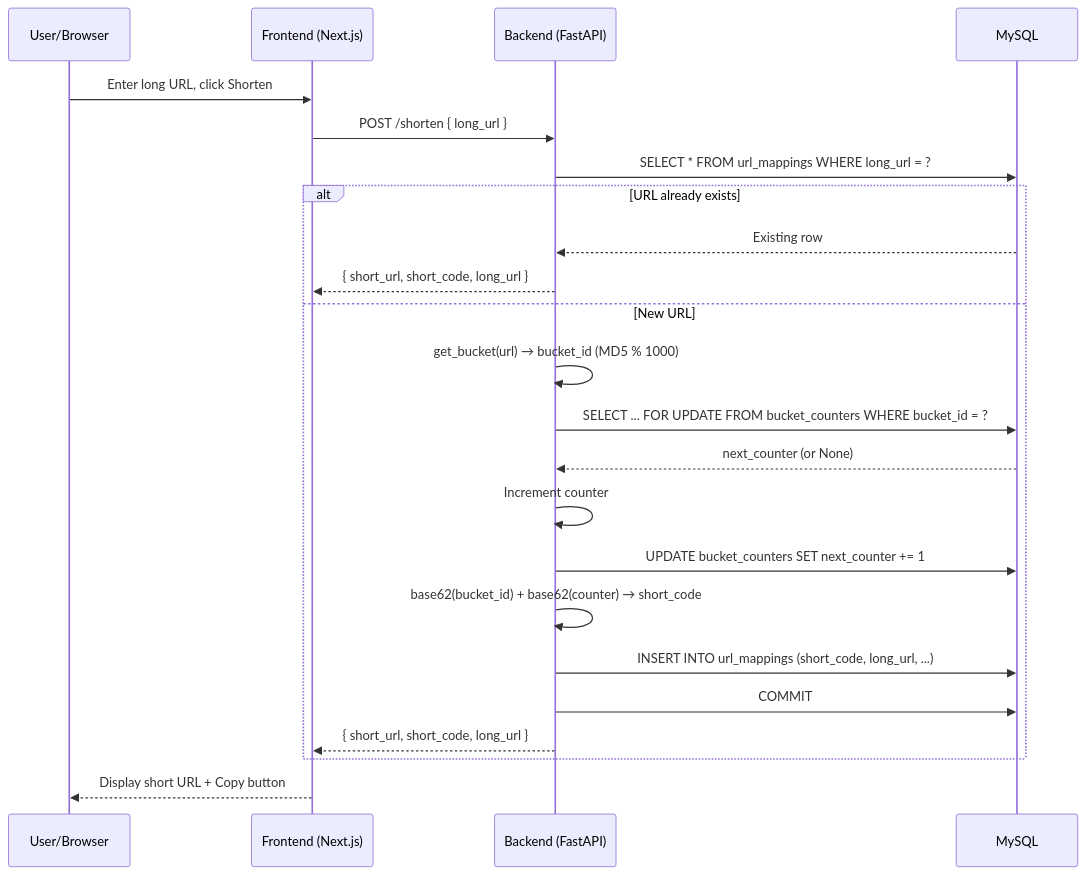
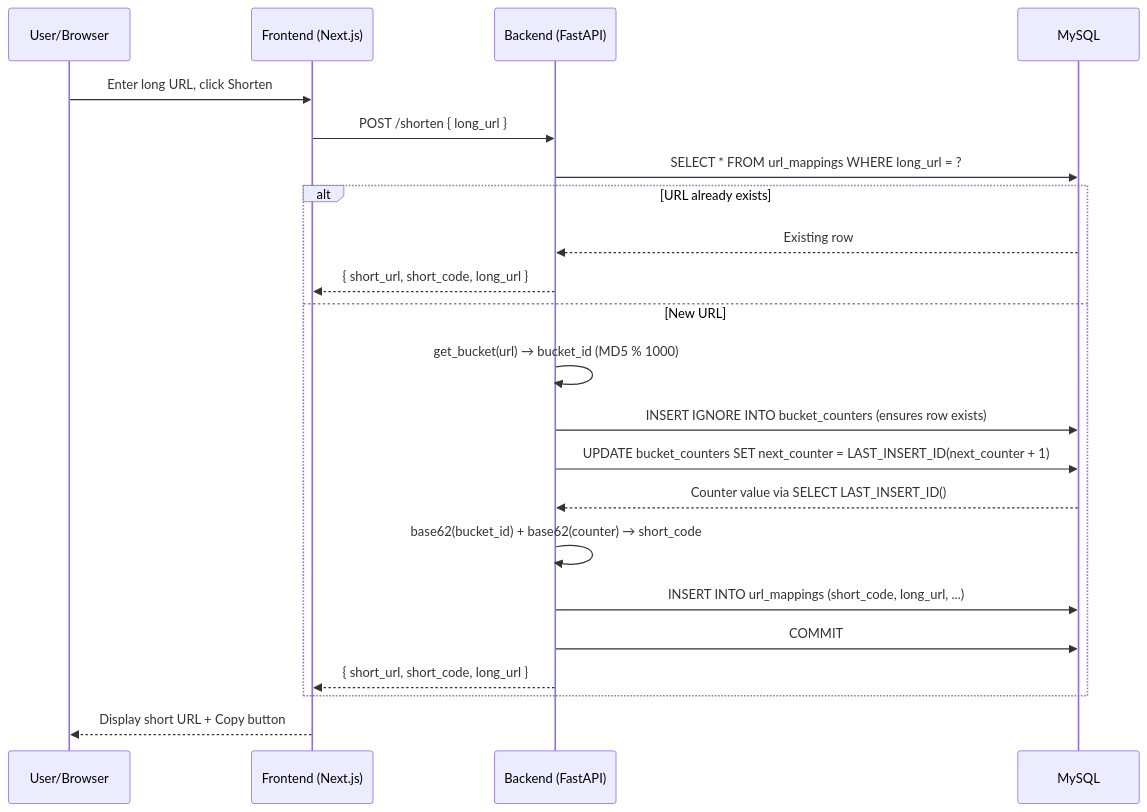
The second of 6 diagrams in ARCHITECTURE.md (luiscanaveral/kata-testing), drawn with Mermaid before and after one commit. The commit also changed other lines of this file and 6 other files, not shown here.

````diff
--- a/ARCHITECTURE.md
+++ b/ARCHITECTURE.md
@@ -36,26 +36,25 @@
 ```mermaid
 sequenceDiagram
     participant User as User/Browser
     participant Frontend as Frontend (Next.js)
     participant Backend as Backend (FastAPI)
     participant DB as MySQL
 
     User->>Frontend: Enter long URL, click Shorten
     Frontend->>Backend: POST /shorten { long_url }
     Backend->>DB: SELECT * FROM url_mappings WHERE long_url = ?
     alt URL already exists
         DB-->>Backend: Existing row
         Backend-->>Frontend: { short_url, short_code, long_url }
     else New URL
         Backend->>Backend: get_bucket(url) → bucket_id (MD5 % 1000)
-        Backend->>DB: SELECT ... FOR UPDATE FROM bucket_counters WHERE bucket_id = ?
-        DB-->>Backend: next_counter (or None)
-        Backend->>Backend: Increment counter
-        Backend->>DB: UPDATE bucket_counters SET next_counter += 1
+        Backend->>DB: INSERT IGNORE INTO bucket_counters (ensures row exists)
+        Backend->>DB: UPDATE bucket_counters SET next_counter = LAST_INSERT_ID(next_counter + 1)
+        DB-->>Backend: Counter value via SELECT LAST_INSERT_ID()
         Backend->>Backend: base62(bucket_id) + base62(counter) → short_code
         Backend->>DB: INSERT INTO url_mappings (short_code, long_url, ...)
         Backend->>DB: COMMIT
         Backend-->>Frontend: { short_url, short_code, long_url }
     end
     Frontend-->>User: Display short URL + Copy button
 ```
````
